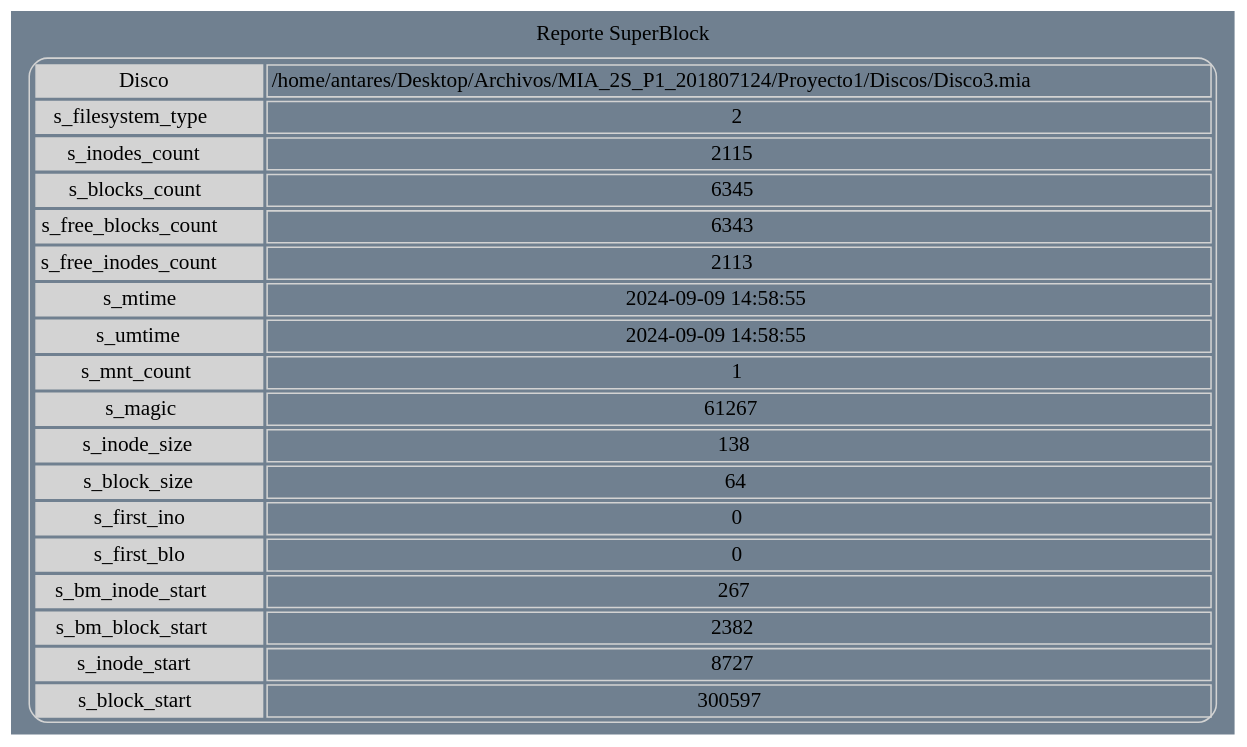
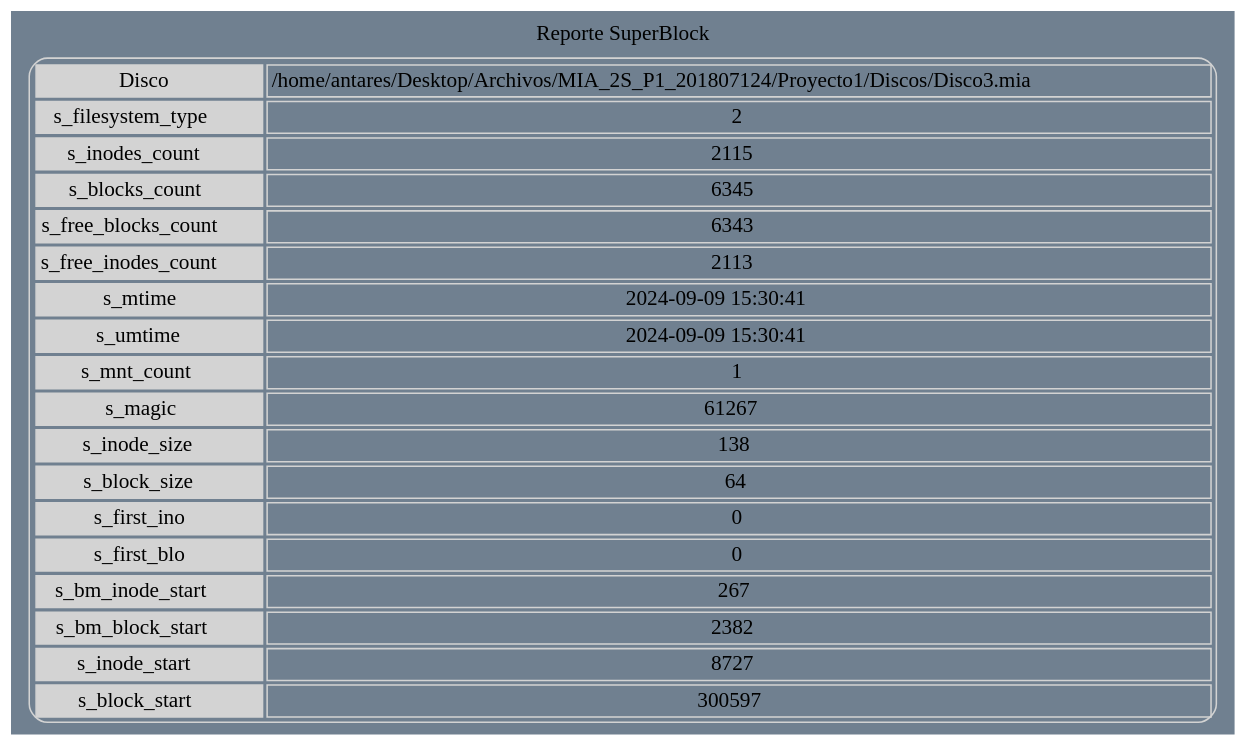
Before and after one commit to Edwinhndz/MIA_2S_P1_201807124: the diagram in Proyecto1/Reportes/sb.dot, drawn with Graphviz. The commit also changed 11 other files, not shown here.

```diff
--- a/Proyecto1/Reportes/sb.dot
+++ b/Proyecto1/Reportes/sb.dot
@@ -1,22 +1,22 @@
 digraph grid {bgcolor="slategrey" label=" Reporte SuperBlock "layout=dot labelloc = "t"edge [weigth=1000 style=dashed color=red4 dir = "both" arrowtail="open" arrowhead="open"]a0[shape=none, color=lightgrey, label=<
 <TABLE cellspacing="3" cellpadding="2" style="rounded" >
 <TR><TD bgcolor="lightgrey">Disco</TD><TD>/home/antares/Desktop/Archivos/MIA_2S_P1_201807124/Proyecto1/Discos/Disco3.mia</TD></TR>
 <TR><TD bgcolor="lightgrey">s_filesystem_type</TD><TD>2</TD></TR>
 <TR><TD bgcolor="lightgrey">s_inodes_count</TD><TD>2115</TD></TR>
 <TR><TD bgcolor="lightgrey">s_blocks_count</TD><TD>6345</TD></TR>
 <TR><TD bgcolor="lightgrey">s_free_blocks_count</TD><TD>6343</TD></TR>
 <TR><TD bgcolor="lightgrey">s_free_inodes_count</TD><TD>2113</TD></TR>
-<TR><TD bgcolor="lightgrey">s_mtime</TD><TD>2024-09-09 14:58:55</TD></TR>
-<TR><TD bgcolor="lightgrey">s_umtime</TD><TD>2024-09-09 14:58:55</TD></TR>
+<TR><TD bgcolor="lightgrey">s_mtime</TD><TD>2024-09-09 15:30:41</TD></TR>
+<TR><TD bgcolor="lightgrey">s_umtime</TD><TD>2024-09-09 15:30:41</TD></TR>
 <TR><TD bgcolor="lightgrey">s_mnt_count</TD><TD>1</TD></TR>
 <TR><TD bgcolor="lightgrey">s_magic</TD><TD>61267</TD></TR>
 <TR><TD bgcolor="lightgrey">s_inode_size</TD><TD>138</TD></TR>
 <TR><TD bgcolor="lightgrey">s_block_size</TD><TD>64</TD></TR>
 <TR><TD bgcolor="lightgrey">s_first_ino</TD><TD>0</TD></TR>
 <TR><TD bgcolor="lightgrey">s_first_blo</TD><TD>0</TD></TR>
 <TR><TD bgcolor="lightgrey">s_bm_inode_start</TD><TD>267</TD></TR>
 <TR><TD bgcolor="lightgrey">s_bm_block_start</TD><TD>2382</TD></TR>
 <TR><TD bgcolor="lightgrey">s_inode_start</TD><TD>8727</TD></TR>
 <TR><TD bgcolor="lightgrey">s_block_start</TD><TD>300597</TD></TR>
 </TABLE>>];
 }
```
